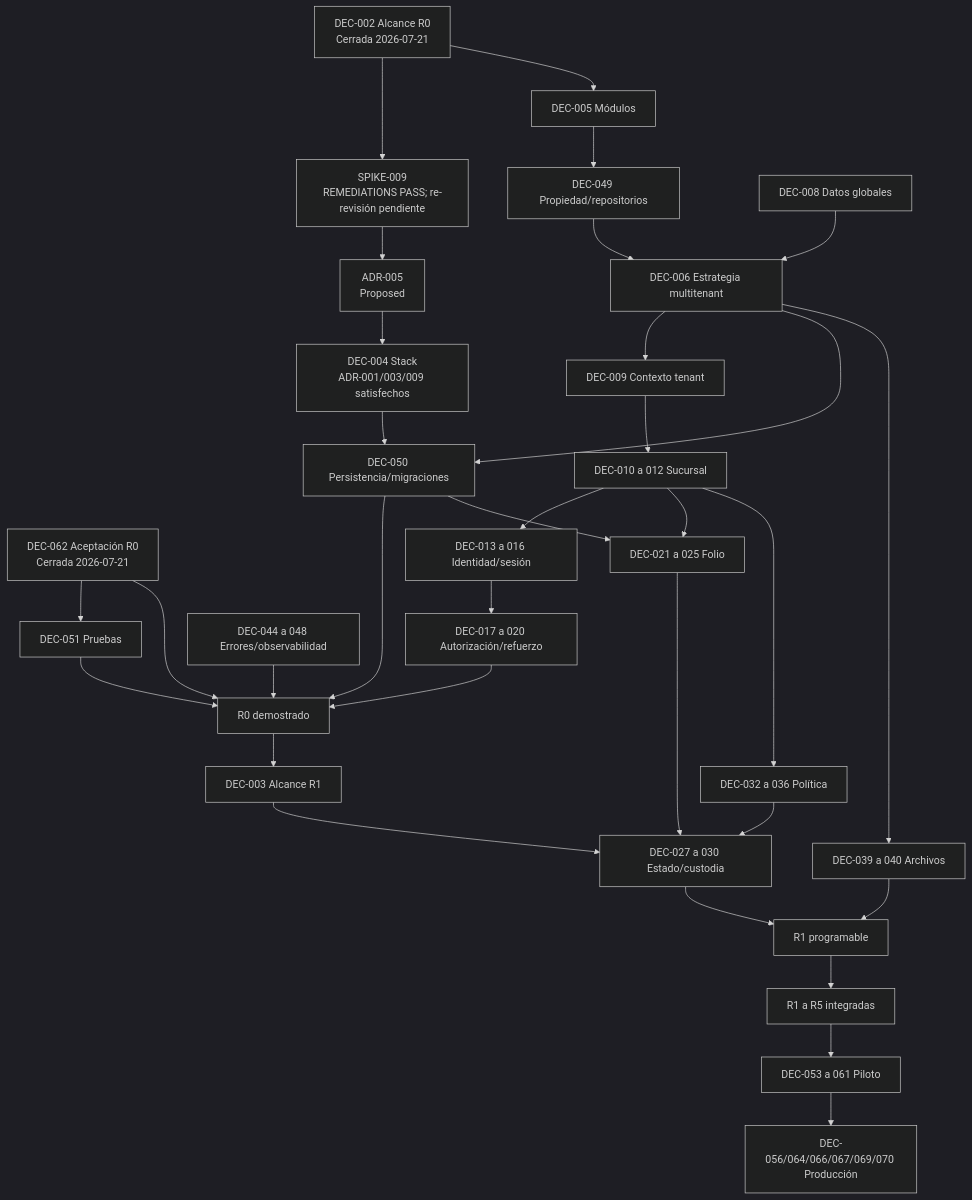
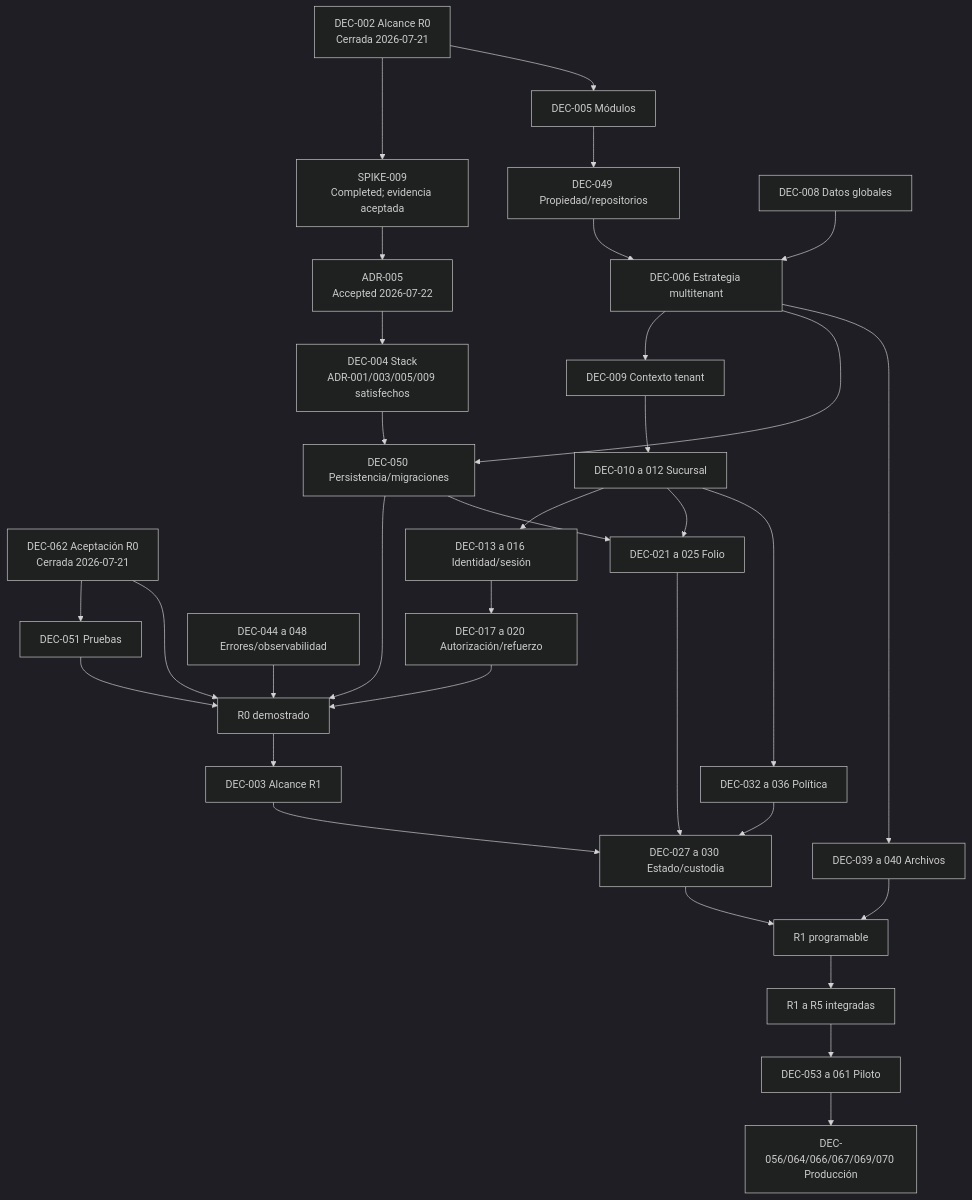
One commit to luisgtzaviles/SrTaller-2.0 changed the diagram in docs/architecture-readiness/blocker-closure/DEPENDENCIAS_ENTRE_DECISIONES.md. Above: the diagram before and after it, drawn with Mermaid (dark theme). The commit also changed other lines of this file and 29 other files, not shown here.

````diff
--- a/docs/architecture-readiness/blocker-closure/DEPENDENCIAS_ENTRE_DECISIONES.md
+++ b/docs/architecture-readiness/blocker-closure/DEPENDENCIAS_ENTRE_DECISIONES.md
@@ -5,39 +5,39 @@
 ```mermaid
 flowchart TD
-    SCOPE[DEC-002 Alcance R0<br/>Cerrada 2026-07-21] --> SPIKE9[SPIKE-009<br/>REMEDIATIONS PASS; re-revisión pendiente]
-    SPIKE9 --> ADR5[ADR-005<br/>Proposed]
-    ADR5 --> STACK[DEC-004 Stack<br/>ADR-001/003/009 satisfechos]
+    SCOPE[DEC-002 Alcance R0<br/>Cerrada 2026-07-21] --> SPIKE9[SPIKE-009<br/>Completed; evidencia aceptada]
+    SPIKE9 --> ADR5[ADR-005<br/>Accepted 2026-07-22]
+    ADR5 --> STACK[DEC-004 Stack<br/>ADR-001/003/005/009 satisfechos]
     SCOPE --> MODULES[DEC-005 Módulos]
     ACCEPT[DEC-062 Aceptación R0<br/>Cerrada 2026-07-21] --> TEST[DEC-051 Pruebas]
     ACCEPT --> R0
     STACK --> DATA[DEC-050 Persistencia/migraciones]
     MODULES --> OWN[DEC-049 Propiedad/repositorios]
 
     GLOBAL[DEC-008 Datos globales] --> MT[DEC-006 Estrategia multitenant]
     OWN --> MT
     MT --> TC[DEC-009 Contexto tenant]
     TC --> BR[DEC-010 a 012 Sucursal]
     BR --> ID[DEC-013 a 016 Identidad/sesión]
     ID --> AUTH[DEC-017 a 020 Autorización/refuerzo]
     MT --> DATA
 
     TEST[DEC-051 Pruebas] --> R0[R0 demostrado]
     AUTH --> R0
     DATA --> R0
     OBS[DEC-044 a 048 Errores/observabilidad] --> R0
 
     R0 --> R1S[DEC-003 Alcance R1]
     BR --> FOLIO[DEC-021 a 025 Folio]
     DATA --> FOLIO
     R1S --> CUST[DEC-027 a 030 Estado/custodia]
     FOLIO --> CUST
     BR --> POLICY[DEC-032 a 036 Política]
     POLICY --> CUST
     MT --> FILES[DEC-039 a 040 Archivos]
     CUST --> R1[R1 programable]
     FILES --> R1
 
     R1 --> MVP[R1 a R5 integradas]
     MVP --> PILOT[DEC-053 a 061 Piloto]
     PILOT --> PROD[DEC-056/064/066/067/069/070 Producción]
 ```
````
